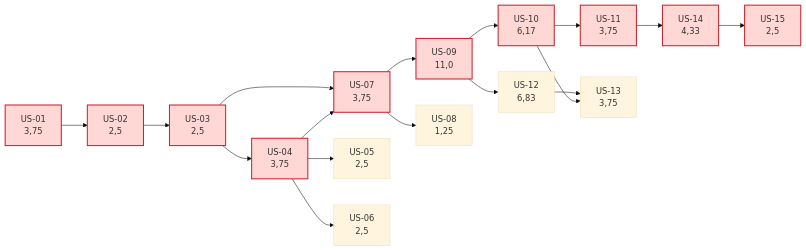
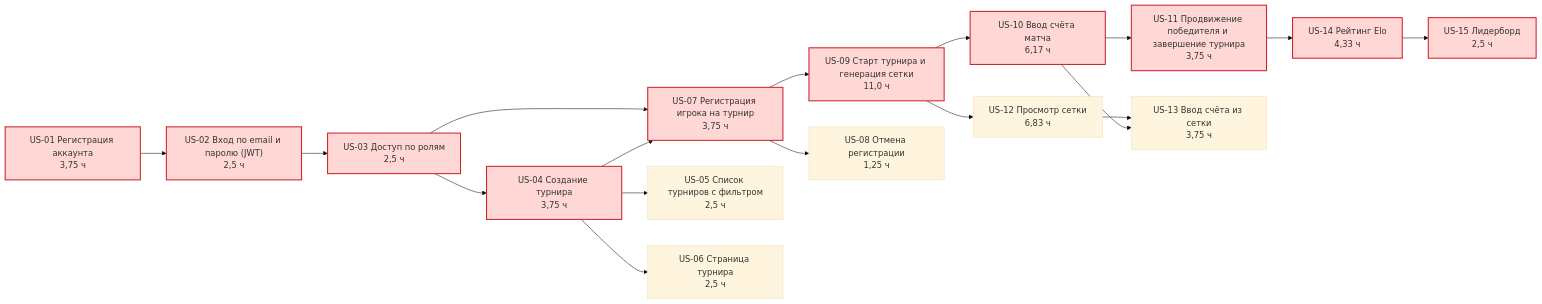
Before and after one commit to Larsonicus/tournaments: the diagram in docs/01-planning/release-plan.md, drawn with Mermaid (base theme). The commit also changed other lines of this file, not shown here.

Commit message:
docs: add story titles to network diagram

````diff
--- a/docs/01-planning/release-plan.md
+++ b/docs/01-planning/release-plan.md
@@ -18,13 +18,13 @@
 ```mermaid
 flowchart LR
-  US01["US-01<br/>3,75"] --> US02["US-02<br/>2,5"] --> US03["US-03<br/>2,5"] --> US04["US-04<br/>3,75"]
+  US01["US-01 Регистрация аккаунта<br/>3,75 ч"] --> US02["US-02 Вход по email и паролю (JWT)<br/>2,5 ч"] --> US03["US-03 Доступ по ролям<br/>2,5 ч"] --> US04["US-04 Создание турнира<br/>3,75 ч"]
   US03 --> US07
-  US04 --> US07["US-07<br/>3,75"] --> US09["US-09<br/>11,0"] --> US10["US-10<br/>6,17"] --> US11["US-11<br/>3,75"] --> US14["US-14<br/>4,33"] --> US15["US-15<br/>2,5"]
-  US04 --> US05["US-05<br/>2,5"]
-  US04 --> US06["US-06<br/>2,5"]
-  US07 --> US08["US-08<br/>1,25"]
-  US09 --> US12["US-12<br/>6,83"] --> US13["US-13<br/>3,75"]
+  US04 --> US07["US-07 Регистрация игрока на турнир<br/>3,75 ч"] --> US09["US-09 Старт турнира и генерация сетки<br/>11,0 ч"] --> US10["US-10 Ввод счёта матча<br/>6,17 ч"] --> US11["US-11 Продвижение победителя и завершение турнира<br/>3,75 ч"] --> US14["US-14 Рейтинг Elo<br/>4,33 ч"] --> US15["US-15 Лидерборд<br/>2,5 ч"]
+  US04 --> US05["US-05 Список турниров с фильтром<br/>2,5 ч"]
+  US04 --> US06["US-06 Страница турнира<br/>2,5 ч"]
+  US07 --> US08["US-08 Отмена регистрации<br/>1,25 ч"]
+  US09 --> US12["US-12 Просмотр сетки<br/>6,83 ч"] --> US13["US-13 Ввод счёта из сетки<br/>3,75 ч"]
   US10 --> US13
   classDef critical fill:#ffd7d5,stroke:#cf222e,stroke-width:2px
   class US01,US02,US03,US04,US07,US09,US10,US11,US14,US15 critical
 ```
````
